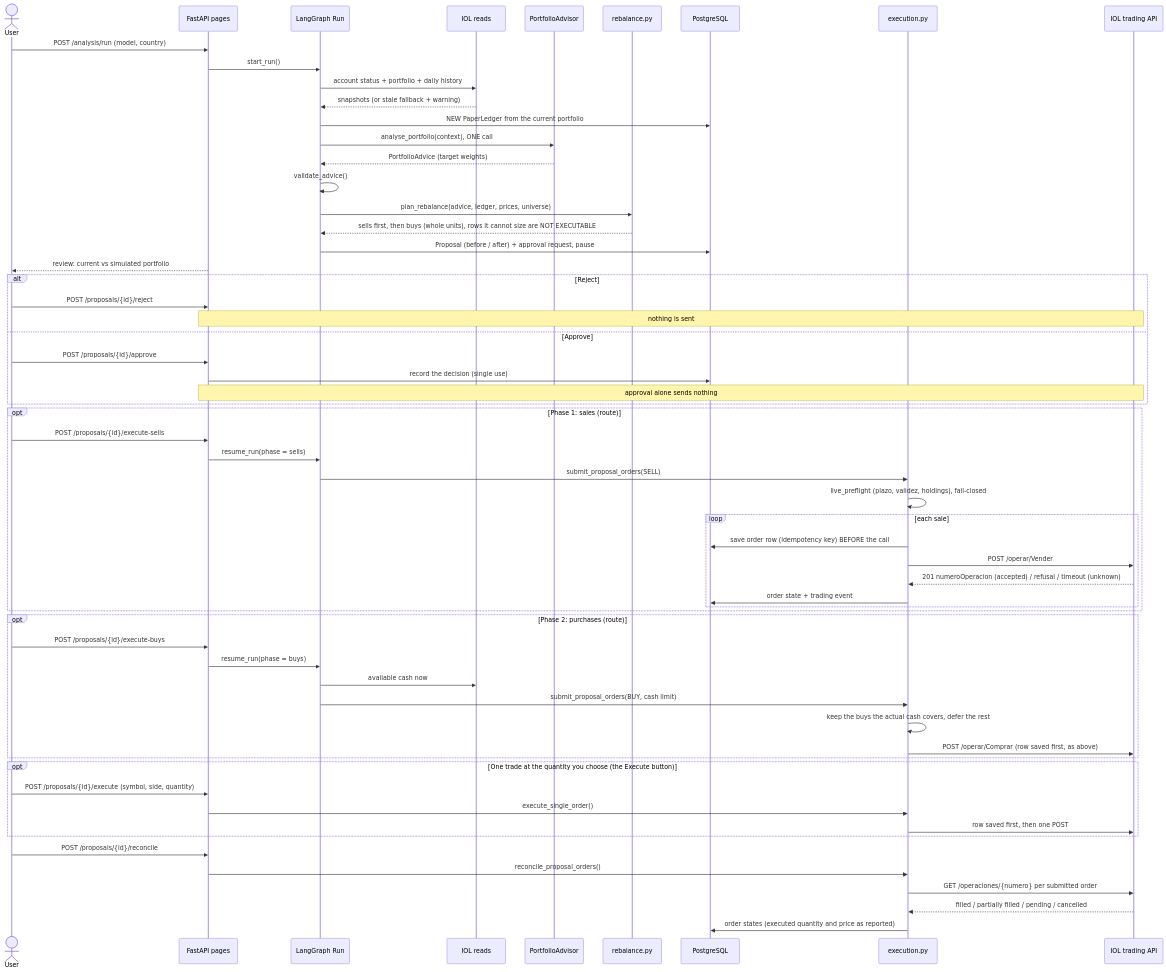
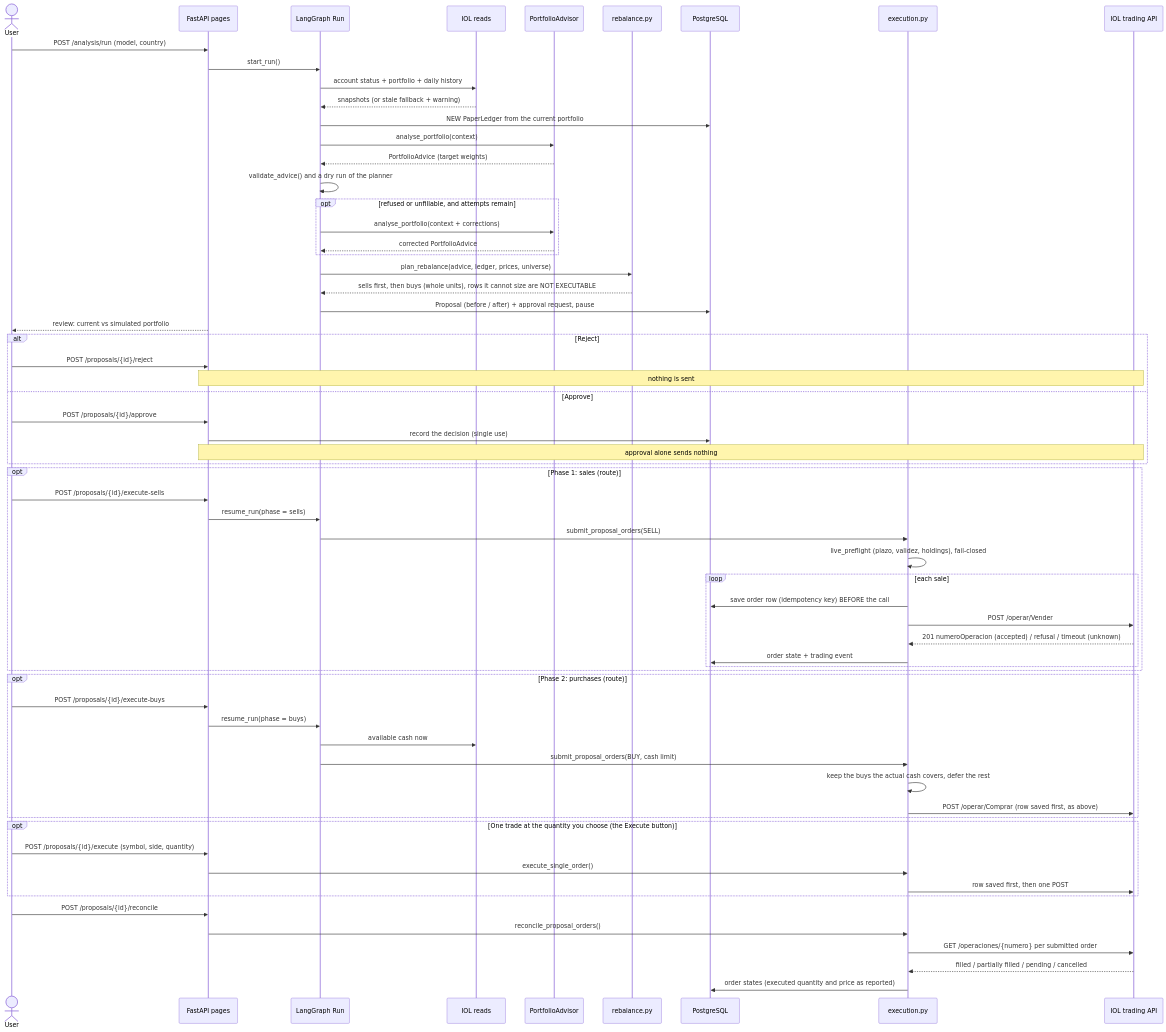
Before and after one commit to joseluismuzikant/ia-trading-broker: the first of 3 diagrams in docs/architecture.md, drawn with Mermaid. The commit also changed other lines of this file and 41 other files, not shown here.

Commit message:
Add a broker-reader port, paper accounts and per-broker credentials; retry unfillable model answers

````diff
--- a/docs/architecture.md
+++ b/docs/architecture.md
@@ -56,68 +77,72 @@
 ```mermaid
 sequenceDiagram
     actor User
     participant UI as FastAPI pages
     participant Graph as LangGraph Run
     participant Reads as IOL reads
     participant Model as PortfolioAdvisor
     participant Rebalance as rebalance.py
     participant DB as PostgreSQL
     participant Exec as execution.py
     participant IOL as IOL trading API
 
     User->>UI: POST /analysis/run (model, country)
     UI->>Graph: start_run()
     Graph->>Reads: account status + portfolio + daily history
     Reads-->>Graph: snapshots (or stale fallback + warning)
     Graph->>DB: NEW PaperLedger from the current portfolio
-    Graph->>Model: analyse_portfolio(context), ONE call
+    Graph->>Model: analyse_portfolio(context)
     Model-->>Graph: PortfolioAdvice (target weights)
-    Graph->>Graph: validate_advice()
+    Graph->>Graph: validate_advice() and a dry run of the planner
+    opt refused or unfillable, and attempts remain
+        Graph->>Model: analyse_portfolio(context + corrections)
+        Model-->>Graph: corrected PortfolioAdvice
+    end
     Graph->>Rebalance: plan_rebalance(advice, ledger, prices, universe)
     Rebalance-->>Graph: sells first, then buys (whole units), rows it cannot size are NOT EXECUTABLE
     Graph->>DB: Proposal (before / after) + approval request, pause
     UI-->>User: review: current vs simulated portfolio
 
     alt Reject
         User->>UI: POST /proposals/{id}/reject
         Note over UI,IOL: nothing is sent
     else Approve
         User->>UI: POST /proposals/{id}/approve
         UI->>DB: record the decision (single use)
         Note over UI,IOL: approval alone sends nothing
     end
 
     opt Phase 1: sales (route)
         User->>UI: POST /proposals/{id}/execute-sells
         UI->>Graph: resume_run(phase = sells)
         Graph->>Exec: submit_proposal_orders(SELL)
         Exec->>Exec: live_preflight (plazo, validez, holdings), fail-closed
         loop each sale
             Exec->>DB: save order row (idempotency key) BEFORE the call
             Exec->>IOL: POST /operar/Vender
             IOL-->>Exec: 201 numeroOperacion (accepted) / refusal / timeout (unknown)
             Exec->>DB: order state + trading event
         end
     end
 
     opt Phase 2: purchases (route)
         User->>UI: POST /proposals/{id}/execute-buys
         UI->>Graph: resume_run(phase = buys)
         Graph->>Reads: available cash now
         Graph->>Exec: submit_proposal_orders(BUY, cash limit)
         Exec->>Exec: keep the buys the actual cash covers, defer the rest
         Exec->>IOL: POST /operar/Comprar (row saved first, as above)
     end
 
     opt One trade at the quantity you choose (the Execute button)
         User->>UI: POST /proposals/{id}/execute (symbol, side, quantity)
         UI->>Exec: execute_single_order()
         Exec->>IOL: row saved first, then one POST
     end
 
     User->>UI: POST /proposals/{id}/reconcile
     UI->>Exec: reconcile_proposal_orders()
     Exec->>IOL: GET /operaciones/{numero} per submitted order
     IOL-->>Exec: filled / partially filled / pending / cancelled
     Exec->>DB: order states (executed quantity and price as reported)
 ```
````
